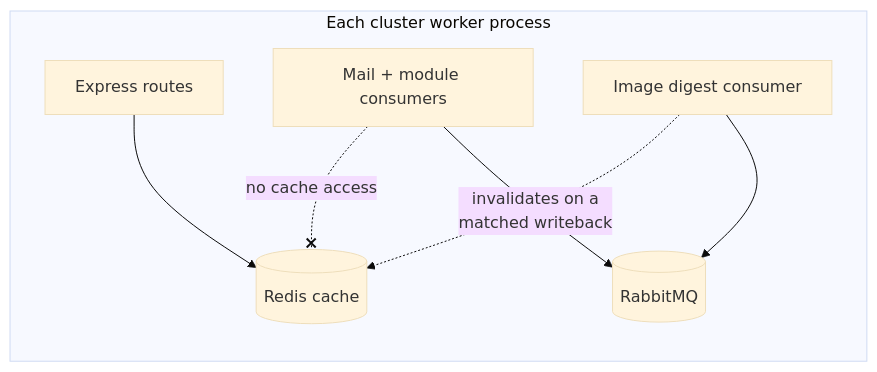
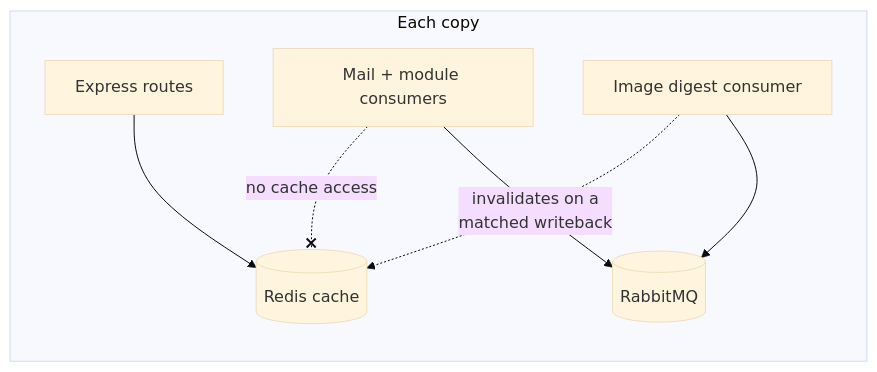
Before and after one commit to Guebbit/boilerplate-node-backend: the third of 3 diagrams in docs/understand/redis-cache-workers.md, drawn with Mermaid (base theme). The commit also changed other lines of this file and 94 other files, not shown here.

````diff
--- a/docs/understand/redis-cache-workers.md
+++ b/docs/understand/redis-cache-workers.md
@@ -100,10 +95,10 @@
 ```mermaid
 flowchart LR
-    subgraph W["Each cluster worker process"]
+    subgraph W["Each copy"]
         E["Express routes"] --> Cache[("Redis cache")]
         Q["Mail + module consumers"] --> Rabbit[("RabbitMQ")]
         I["Image digest consumer"] --> Rabbit
         I -. invalidates on a<br/>matched writeback .-> Cache
     end
     Q -. no cache access .-x Cache
 ```
````
